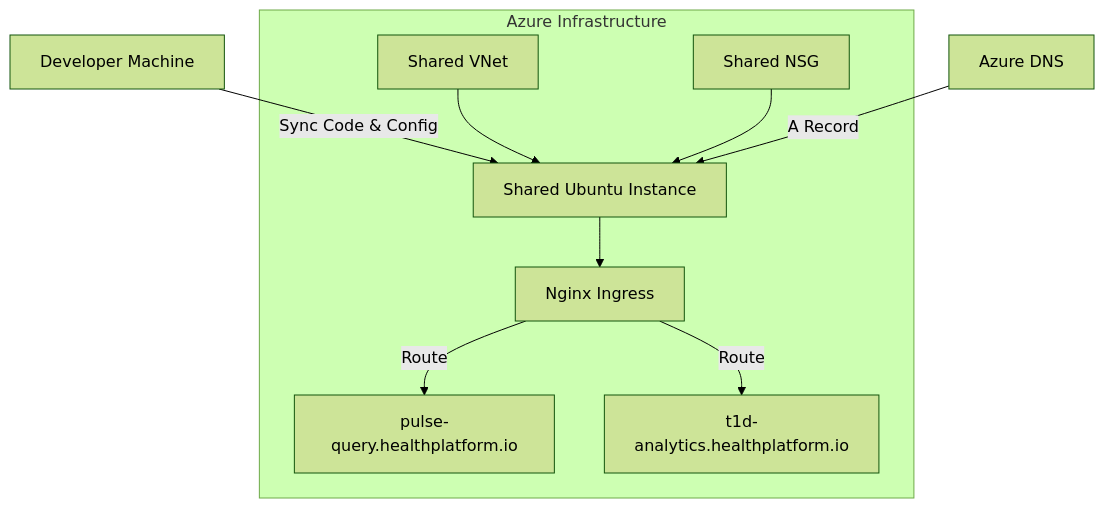
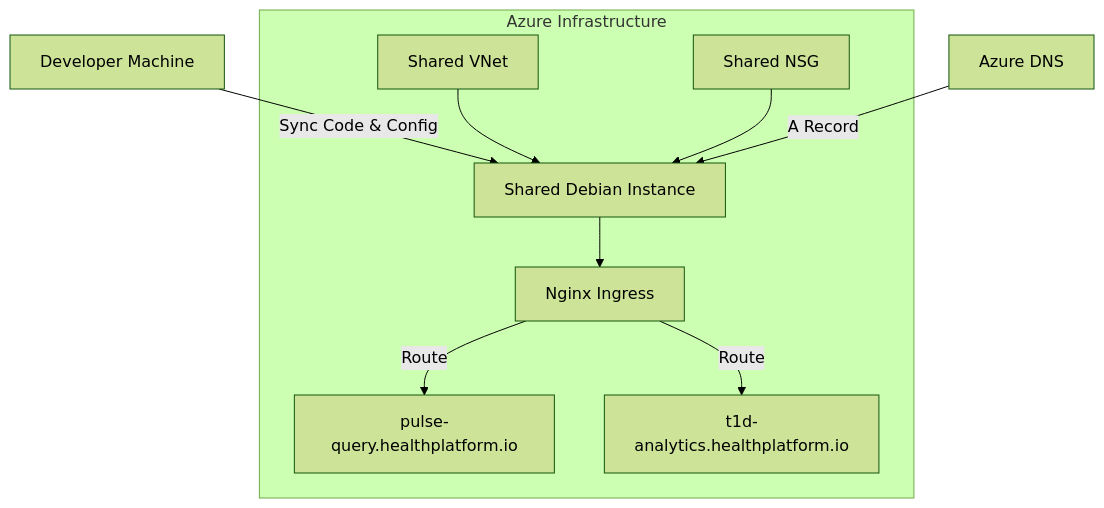
The diagram in DEPLOY.md (SamuelMarks/t1d-analytics), drawn with Mermaid (forest theme) before and after one commit. The commit also changed other lines of this file, not shown here.

Commit message:
docs: update DEPLOY.md to use LIBSCRIPT_ROOT_DIR and Debian 12

````diff
--- a/DEPLOY.md
+++ b/DEPLOY.md
@@ -82,16 +87,16 @@
 ```mermaid
 graph TD
-    Developer[Developer Machine] -->|Sync Code & Config| Instance[Shared Ubuntu Instance]
+    Developer[Developer Machine] -->|Sync Code & Config| Instance[Shared Debian Instance]
     
     subgraph Azure Infrastructure
         VNet[Shared VNet] --> Instance
         NSG[Shared NSG] --> Instance
         
         Instance --> Ingress[Nginx Ingress]
         
         Ingress -->|Route| PulseQuery[pulse-query.healthplatform.io]
         Ingress -->|Route| T1DAnalytics[t1d-analytics.healthplatform.io]
     end
     
     DNS[Azure DNS] -->|A Record| Instance
 ```
````
